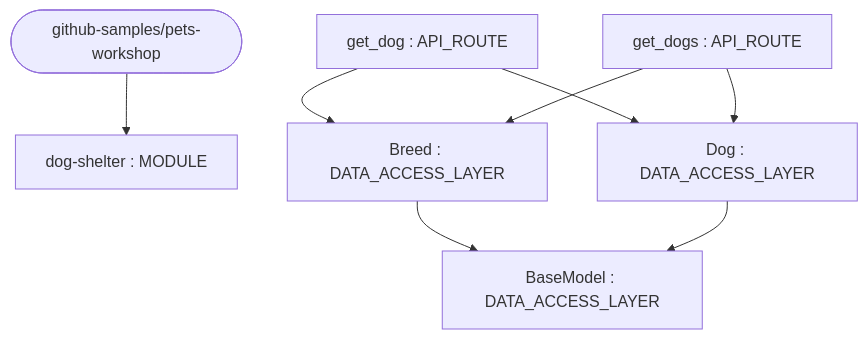
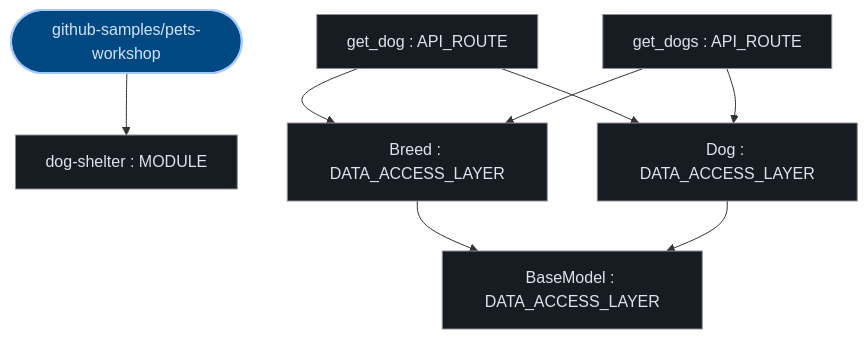
One commit to kumarshaz/atruss-code-atlas changed the first of 3 diagrams in exports/latest/reports/github-samples-pets-workshop-report.md. Above: the diagram before and after it, drawn with Mermaid. The commit also changed other lines of this file and 331 other files, not shown here.

Commit message:
docs,ui,fix: update SDLC docs, reorder CI/CD DAG first, stylize Mermaid, and fix Arc42 pipeline topology

````diff
--- a/exports/latest/reports/github-samples-pets-workshop-report.md
+++ b/exports/latest/reports/github-samples-pets-workshop-report.md
@@ -42,17 +42,24 @@
 ```mermaid
 graph TD;
-    dog_shelter["dog-shelter : MODULE"]
-    get_dogs["get_dogs : API_ROUTE"]
-    get_dog["get_dog : API_ROUTE"]
-    BaseModel["BaseModel : DATA_ACCESS_LAYER"]
-    Breed["Breed : DATA_ACCESS_LAYER"]
-    Dog["Dog : DATA_ACCESS_LAYER"]
-    repo_root(["github-samples/pets-workshop"])
+  classDef atlasRoot fill:#004882,stroke:#a3c9ff,stroke-width:2px,color:#d3e4ff
+  classDef atlasCategory fill:#212428,stroke:#E87A48,stroke-width:1.5px,color:#dfe3eb
+  classDef atlasWorkflow fill:#1b2026,stroke:#a3c9ff,stroke-width:1.5px,color:#dfe3eb
+  classDef atlasJob fill:#171c22,stroke:#8d9199,stroke-width:1px,color:#dfe3eb
+  classDef atlasTarget fill:#005227,stroke:#8bd99b,stroke-width:1.5px,color:#a7f6b6
+  classDef atlasAlert fill:#93000a,stroke:#ffb4ab,stroke-width:1.5px,color:#ffdad6
+  classDef atlasMore fill:#252a31,stroke:#8d9199,stroke-dasharray:4 4,color:#c3c6cf
+    dog_shelter["dog-shelter : MODULE"]:::atlasJob
+    get_dogs["get_dogs : API_ROUTE"]:::atlasJob
+    get_dog["get_dog : API_ROUTE"]:::atlasJob
+    BaseModel["BaseModel : DATA_ACCESS_LAYER"]:::atlasJob
+    Breed["Breed : DATA_ACCESS_LAYER"]:::atlasJob
+    Dog["Dog : DATA_ACCESS_LAYER"]:::atlasJob
+    repo_root(["github-samples/pets-workshop"]):::atlasRoot
     repo_root --> dog_shelter
     Breed --> BaseModel
     Dog --> BaseModel
     get_dog --> Breed
     get_dog --> Dog
     get_dogs --> Breed
     get_dogs --> Dog
 ```
````
